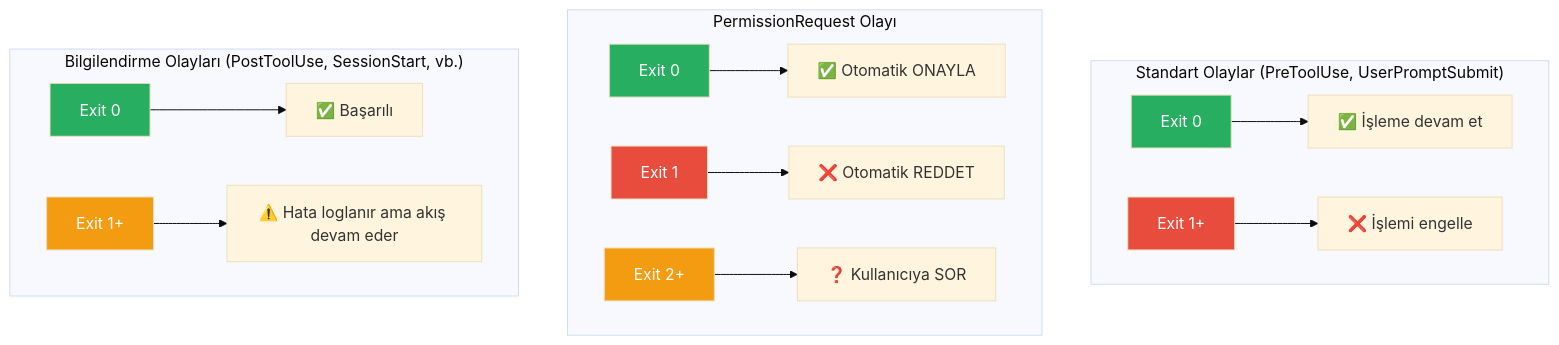
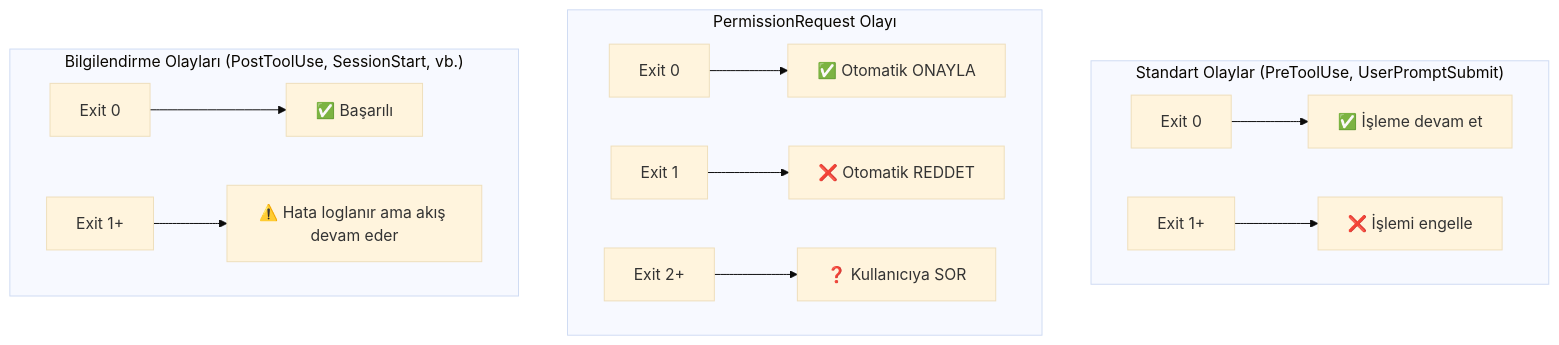
One commit to IzzetYasinAtes/ClaudeCodeHandbook changed the second of 4 diagrams in 14-hooks-ve-otomasyon/04-hook-konfigurasyonu.md. Above: the diagram before and after it, drawn with Mermaid (base theme). The commit also changed other lines of this file and 97 other files, not shown here.

Commit message:
Remove all custom Mermaid style/fill colors from 98 markdown files for consistent dark theme rendering

````diff
--- a/14-hooks-ve-otomasyon/04-hook-konfigurasyonu.md
+++ b/14-hooks-ve-otomasyon/04-hook-konfigurasyonu.md
@@ -157,29 +153,22 @@
 ```mermaid
 flowchart TB
     subgraph standard ["Standart Olaylar (PreToolUse, UserPromptSubmit)"]
         direction LR
         S0["Exit 0"] --> SOK["✅ İşleme devam et"]
         S1["Exit 1+"] --> SBLOCK["❌ İşlemi engelle"]
     end
 
     subgraph permission ["PermissionRequest Olayı"]
         direction LR
         P0["Exit 0"] --> POK["✅ Otomatik ONAYLA"]
         P1["Exit 1"] --> PBLOCK["❌ Otomatik REDDET"]
         P2["Exit 2+"] --> PASK["❓ Kullanıcıya SOR"]
     end
 
     subgraph info ["Bilgilendirme Olayları (PostToolUse, SessionStart, vb.)"]
         direction LR
         I0["Exit 0"] --> IOK["✅ Başarılı"]
         I1["Exit 1+"] --> ILOG["⚠️ Hata loglanır ama akış devam eder"]
     end
 
-    style S0 fill:#27AE60,color:#fff
-    style S1 fill:#E74C3C,color:#fff
-    style P0 fill:#27AE60,color:#fff
-    style P1 fill:#E74C3C,color:#fff
-    style P2 fill:#F39C12,color:#fff
-    style I0 fill:#27AE60,color:#fff
-    style I1 fill:#F39C12,color:#fff
 ```
````
